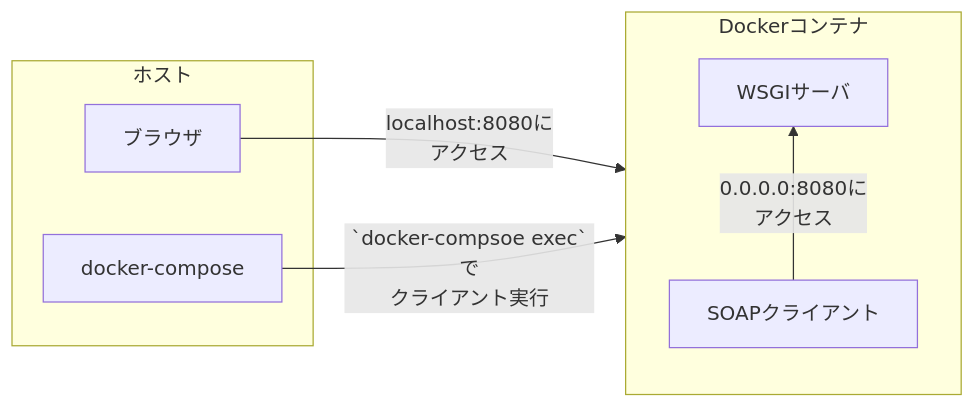
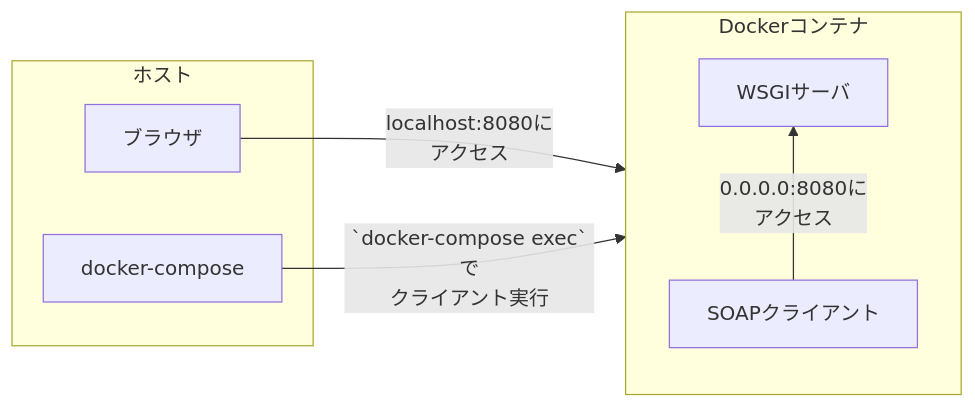
The diagram in articles/96a46150f0d86e.md (ryoutoku/zenn-contents), drawn with Mermaid before and after one commit. The commit also changed other lines of this file and 5 other files, not shown here.

````diff
--- a/articles/96a46150f0d86e.md
+++ b/articles/96a46150f0d86e.md
@@ -29,17 +29,17 @@
 ```mermaid
 graph LR
 
   subgraph ホスト
     ブラウザ
     docker-compose
   end
 
   subgraph Dockerコンテナ
     direction BT
     SOAPクライアント --0.0.0.0:8080に</br>アクセス--> WSGIサーバ
   end
 
   ブラウザ -- localhost:8080に</br>アクセス --> WSGIサーバ
-  docker-compose -- `docker-compsoe exec`で</br>クライアント実行 --> SOAPクライアント
+  docker-compose -- `docker-compose exec`で</br>クライアント実行 --> SOAPクライアント
 
 ```
````
